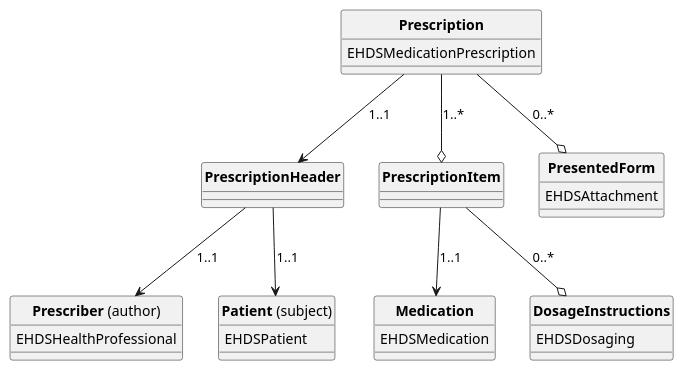
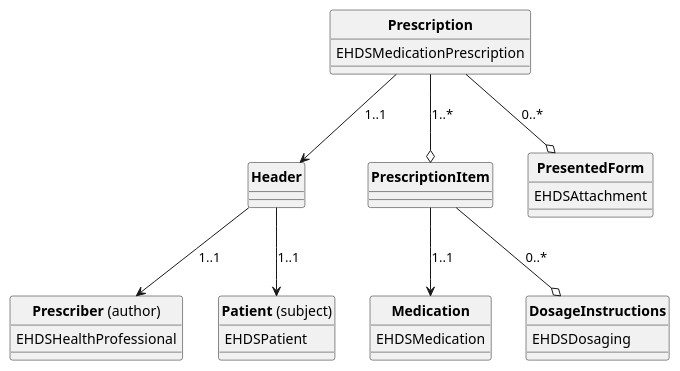
Before and after one commit to Xt-EHR/xt-ehr-common: the diagram in input/images-source/prescription.plantuml, drawn with PlantUML. The commit also changed 1 other file, not shown here.

Commit message:
typos in diagrams

```diff
--- a/input/images-source/prescription.plantuml
+++ b/input/images-source/prescription.plantuml
@@ -1,55 +1,55 @@
 @startuml
 skinparam linetype polyline
 hide circle
 hide stereotype
 
 
 class "**Prescription**" as eP{
   EHDSMedicationPrescription 
 }
 
 eP --> Header: "1..1"
 eP --o Item: "1..*"
 eP --o PresentedForm: "0..*"
 
 class "**Prescriber** (author)" as Prescriber{
   EHDSHealthProfessional   
   
 }
 
 class "**Patient** (subject)" as Patient{
   EHDSPatient   
 
 }
 
-class "**PrescriptionHeader**" as Header{
+class "**Header**" as Header{
      
 
 }
 
 Header --> Prescriber: "1..1"
 Header --> Patient: "1..1"
 
 
 class "**PrescriptionItem**" as Item{ 
 }
 
 Item --> Medication: "1..1"
 Item --o Dosage: "0..*"
 
 
 class "**DosageInstructions**" as Dosage{
   EHDSDosaging   
  
 }
 
 class "**Medication**" as Medication{
   EHDSMedication
  
 }
 
 class "**PresentedForm**" as PresentedForm{
   EHDSAttachment   
  
 }
 @enduml
```
